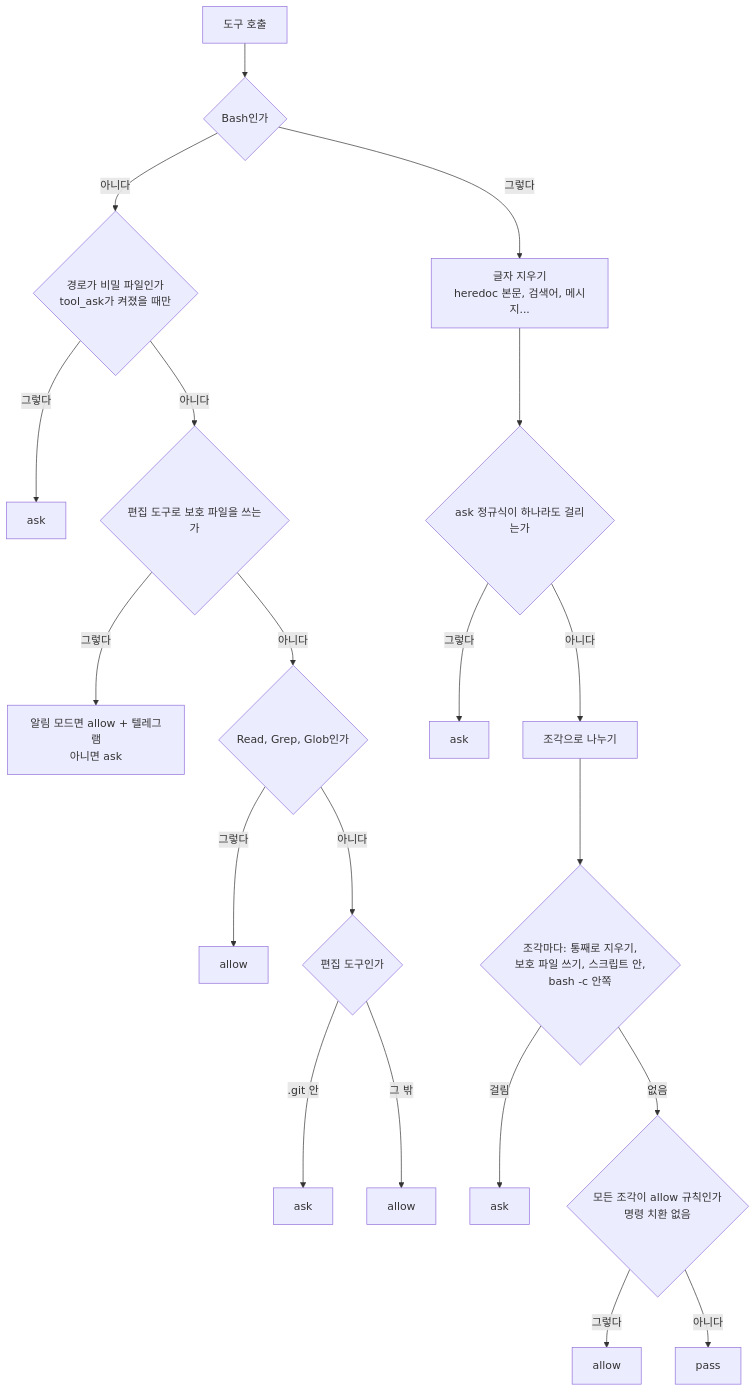
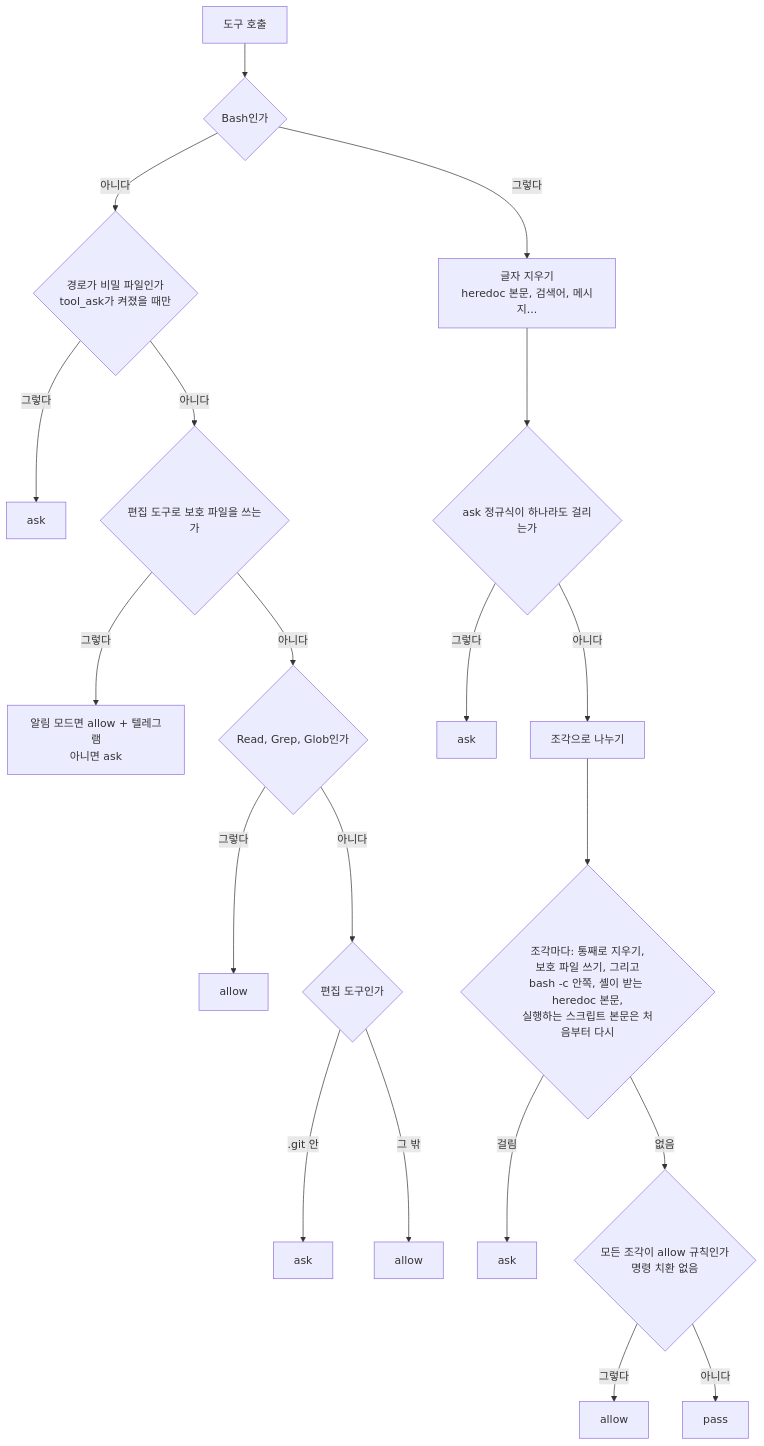
The diagram in notion/04_approval/01_rules.md (Gabriel-Joo/foreman), drawn with Mermaid before and after one commit. The commit also changed other lines of this file and 8 other files, not shown here.

````diff
--- a/notion/04_approval/01_rules.md
+++ b/notion/04_approval/01_rules.md
@@ -26,22 +26,22 @@
 ```mermaid
 flowchart TD
     A[도구 호출] --> B{Bash인가}
     B -- 아니다 --> C{경로가 비밀 파일인가<br/>tool_ask가 켜졌을 때만}
     C -- 그렇다 --> ASK1[ask]
     C -- 아니다 --> D{편집 도구로 보호 파일을 쓰는가}
     D -- 그렇다 --> N1[알림 모드면 allow + 텔레그램<br/>아니면 ask]
     D -- 아니다 --> E{Read, Grep, Glob인가}
     E -- 그렇다 --> AL1[allow]
     E -- 아니다 --> F{편집 도구인가}
     F -- ".git 안" --> ASK2[ask]
     F -- 그 밖 --> AL2[allow]
     B -- 그렇다 --> G[글자 지우기<br/>heredoc 본문, 검색어, 메시지...]
     G --> H{ask 정규식이 하나라도 걸리는가}
     H -- 그렇다 --> ASK3[ask]
     H -- 아니다 --> I[조각으로 나누기]
-    I --> J{조각마다: 통째로 지우기,<br/>보호 파일 쓰기, 스크립트 안,<br/>bash -c 안쪽}
+    I --> J{조각마다: 통째로 지우기,<br/>보호 파일 쓰기, 그리고<br/>bash -c 안쪽, 셸이 받는 heredoc 본문,<br/>실행하는 스크립트 본문은 처음부터 다시}
     J -- 걸림 --> ASK4[ask]
     J -- 없음 --> K{모든 조각이 allow 규칙인가<br/>명령 치환 없음}
     K -- 그렇다 --> AL3[allow]
     K -- 아니다 --> P[pass]
 ```
````
